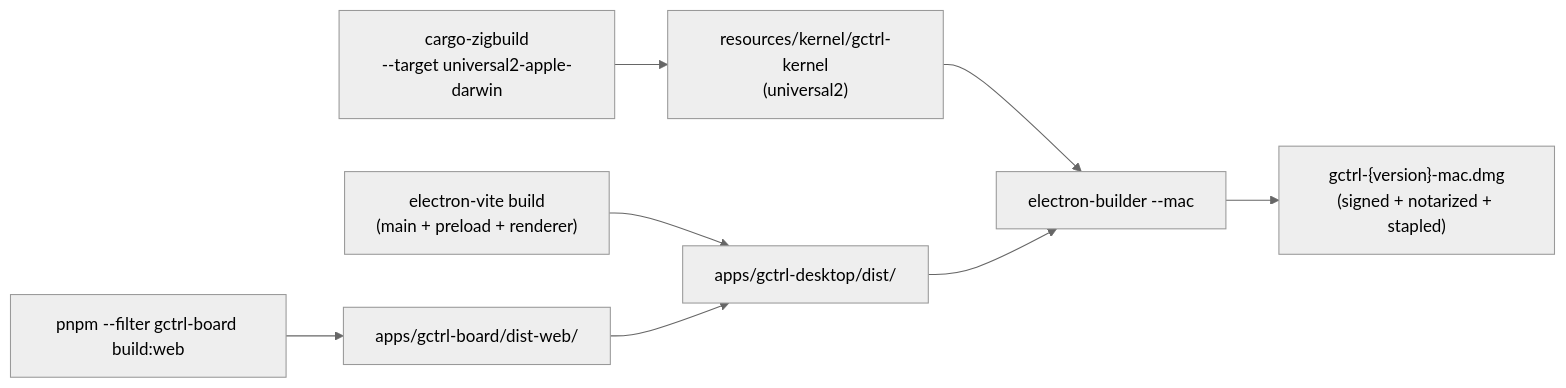
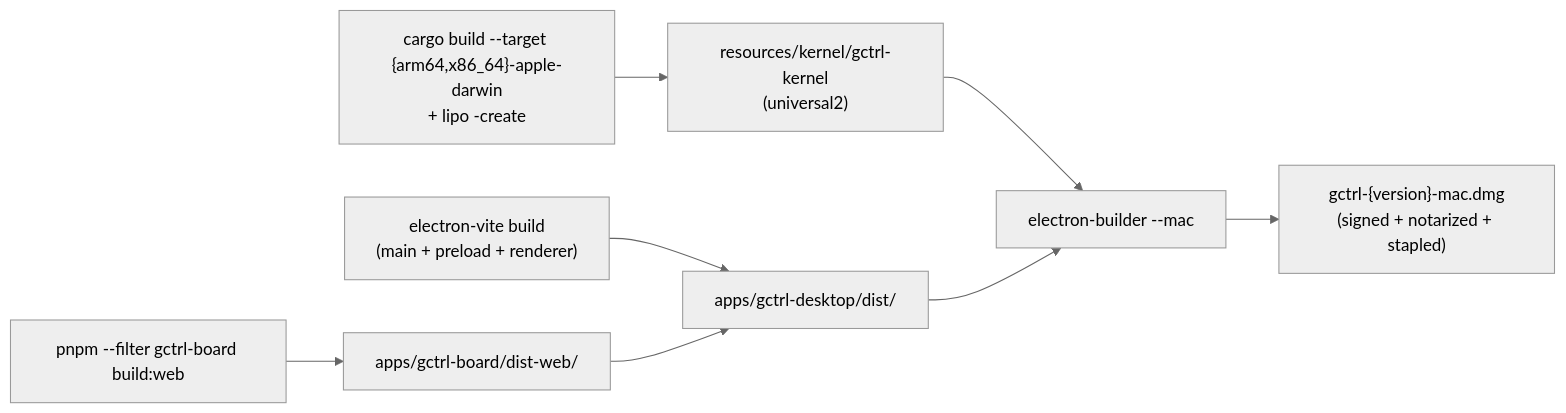
Before and after one commit to OpenHackersClub/gctrl: the diagram in vault/specs/implementation/apps/desktop-electron.md, drawn with Mermaid (neutral theme). The commit also changed other lines of this file and 3 other files, not shown here.

First line of the commit message:
fix(gctrl-desktop): drop cargo-zigbuild — use vanilla cargo + lipo

````diff
--- a/vault/specs/implementation/apps/desktop-electron.md
+++ b/vault/specs/implementation/apps/desktop-electron.md
@@ -51,10 +51,10 @@
 ```mermaid
 flowchart LR
-  Rust["cargo-zigbuild<br/>--target universal2-apple-darwin"] --> KernelBin["resources/kernel/gctrl-kernel<br/>(universal2)"]
+  Rust["cargo build --target {arm64,x86_64}-apple-darwin<br/>+ lipo -create"] --> KernelBin["resources/kernel/gctrl-kernel<br/>(universal2)"]
   Web["pnpm --filter gctrl-board build:web"] --> WebDist["apps/gctrl-board/dist-web/"]
   Main["electron-vite build<br/>(main + preload + renderer)"] --> ElectronDist["apps/gctrl-desktop/dist/"]
   WebDist --> ElectronDist
   KernelBin --> Builder
   ElectronDist --> Builder["electron-builder --mac"]
   Builder --> Signed["gctrl-{version}-mac.dmg<br/>(signed + notarized + stapled)"]
 ```
````
